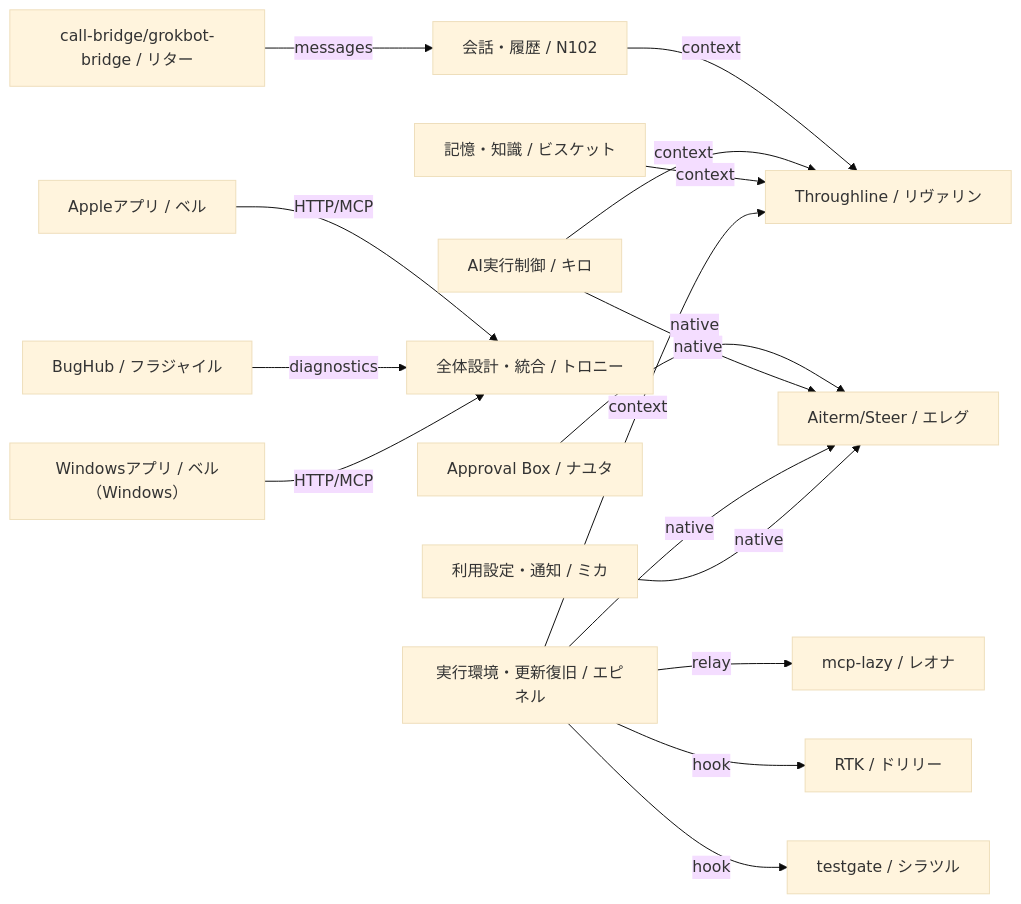
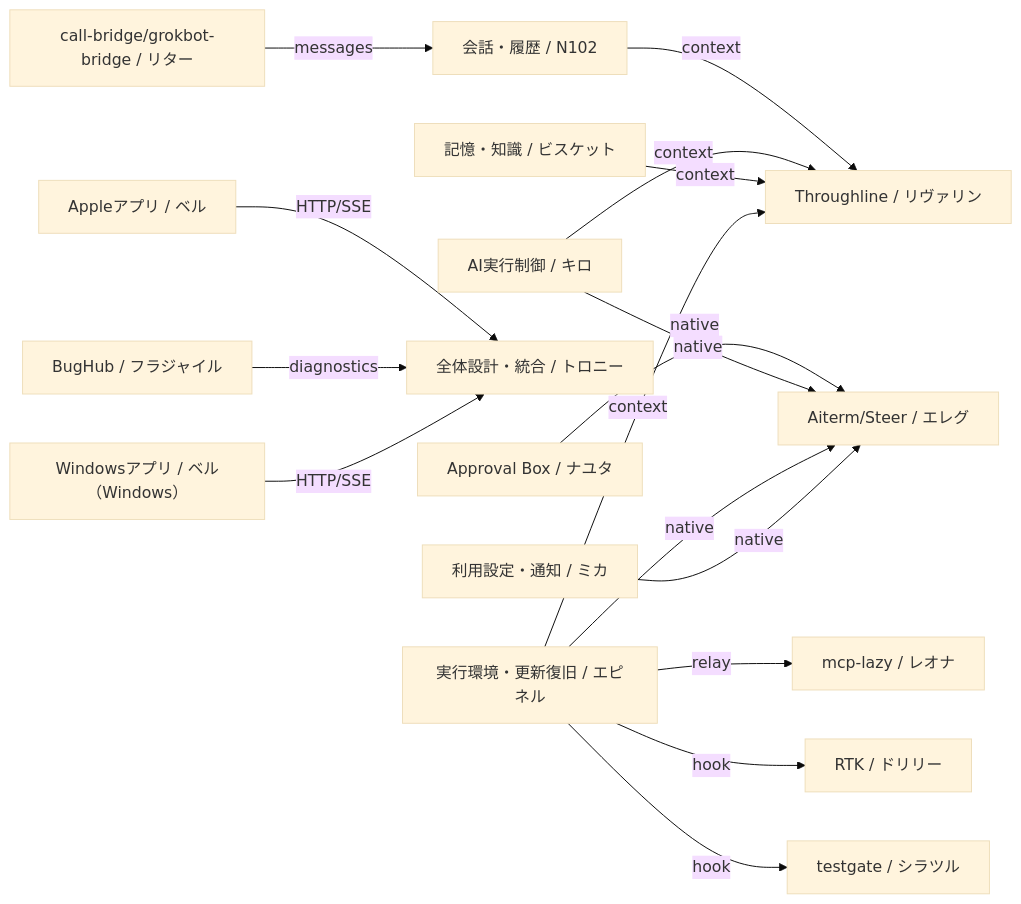
Before and after one commit to kitepon/BellTeam: the second of 2 diagrams in docs/architecture/feature-map.md, drawn with Mermaid (base theme). The commit also changed other lines of this file and 9 other files, not shown here.

````diff
--- a/docs/architecture/feature-map.md
+++ b/docs/architecture/feature-map.md
@@ -55,34 +55,34 @@
 ```mermaid
 flowchart LR
   m_aiterm["Aiterm/Steer / エレグ"]
   m_apple["Appleアプリ / ベル"]
   m_approval_box["Approval Box / ナユタ"]
   m_bridge["call-bridge/grokbot-bridge / リター"]
   m_bughub["BugHub / フラジャイル"]
   m_conversation["会話・履歴 / N102"]
   m_execution["AI実行制御 / キロ"]
   m_integration["全体設計・統合 / トロニー"]
   m_mcp_lazy["mcp-lazy / レオナ"]
   m_memory["記憶・知識 / ビスケット"]
   m_rtk["RTK / ドリリー"]
   m_runtime["実行環境・更新復旧 / エピネル"]
   m_testgate["testgate / シラツル"]
   m_throughline["Throughline / リヴァリン"]
   m_usage["利用設定・通知 / ミカ"]
   m_windows["Windowsアプリ / ベル（Windows）"]
-  m_apple -->|"HTTP/MCP"| m_integration
+  m_apple -->|"HTTP/SSE"| m_integration
   m_approval_box -->|"native"| m_aiterm
   m_bridge -->|"messages"| m_conversation
   m_bughub -->|"diagnostics"| m_integration
   m_conversation -->|"context"| m_throughline
   m_execution -->|"native"| m_aiterm
   m_execution -->|"context"| m_throughline
   m_memory -->|"context"| m_throughline
   m_runtime -->|"native"| m_aiterm
   m_runtime -->|"context"| m_throughline
   m_runtime -->|"relay"| m_mcp_lazy
   m_runtime -->|"hook"| m_rtk
   m_runtime -->|"hook"| m_testgate
   m_usage -->|"native"| m_aiterm
-  m_windows -->|"HTTP/MCP"| m_integration
+  m_windows -->|"HTTP/SSE"| m_integration
 ```
````
